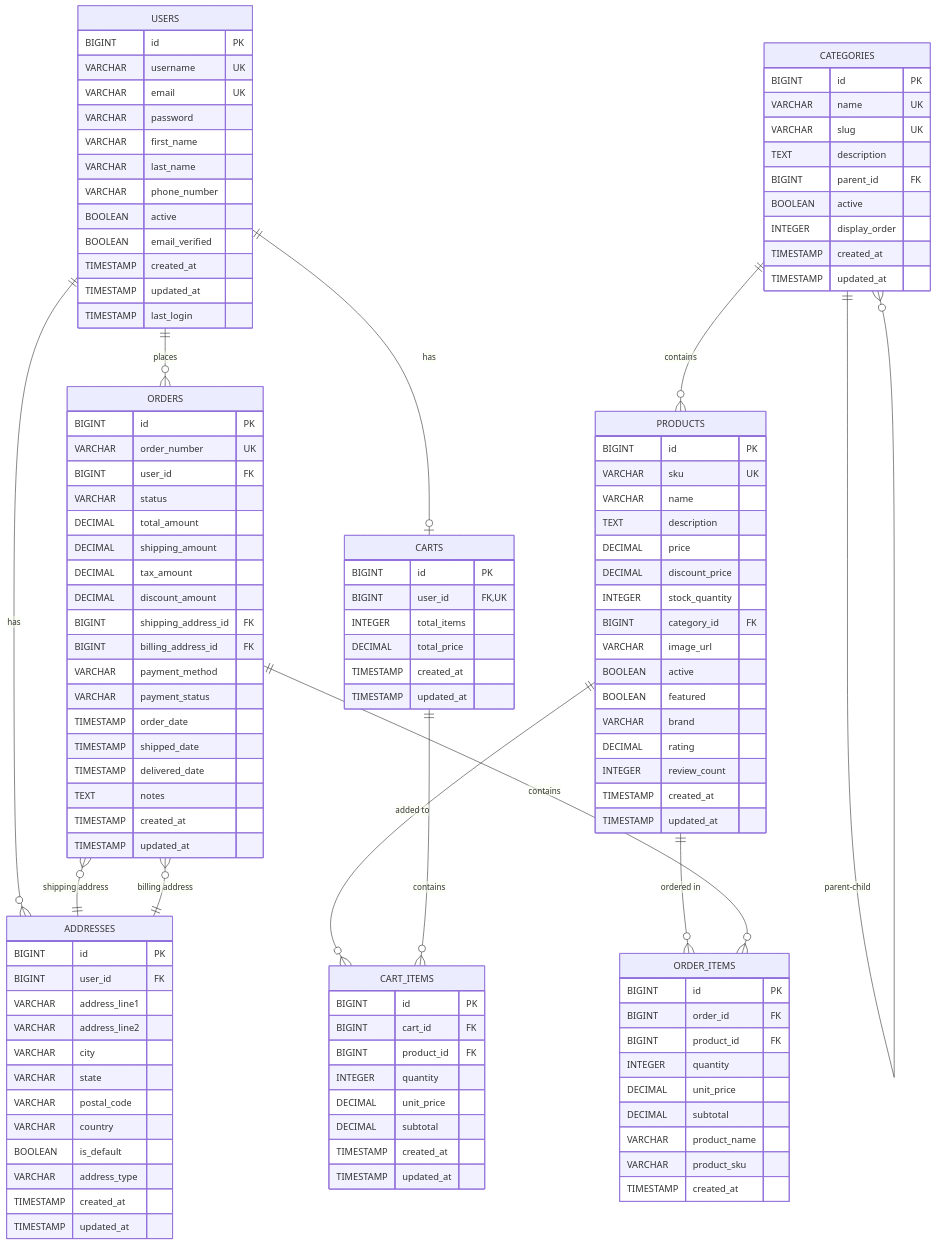
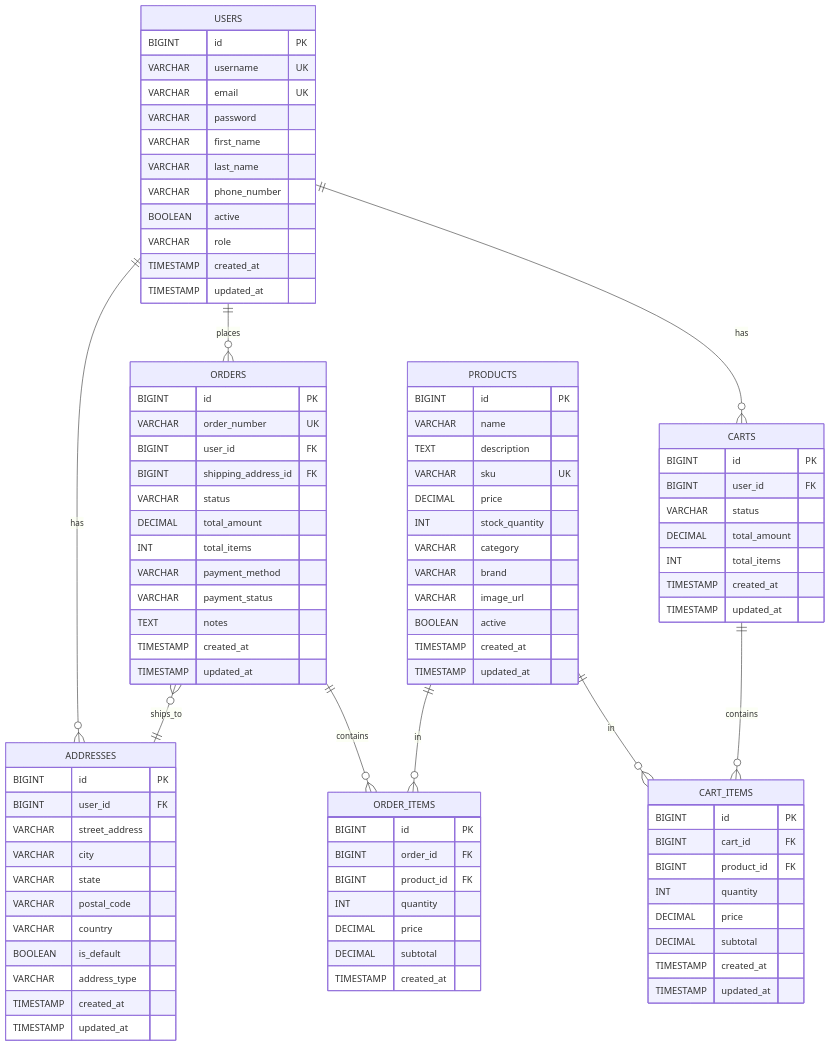
One commit to NavneetBN47/ecommerce changed the diagram in docs/er_diagram.mmd. Above: the diagram before and after it, drawn with Mermaid. The commit also changed 13 other files, not shown here.

```diff
--- a/docs/er_diagram.mmd
+++ b/docs/er_diagram.mmd
@@ -1,130 +1,98 @@
 erDiagram
-    USERS ||--o{ ADDRESSES : has
-    USERS ||--o| CARTS : has
-    USERS ||--o{ ORDERS : places
-    
-    CATEGORIES ||--o{ CATEGORIES : "parent-child"
-    CATEGORIES ||--o{ PRODUCTS : contains
-    
-    PRODUCTS ||--o{ CART_ITEMS : "added to"
-    PRODUCTS ||--o{ ORDER_ITEMS : "ordered in"
-    
-    CARTS ||--o{ CART_ITEMS : contains
-    
-    ORDERS ||--o{ ORDER_ITEMS : contains
-    ORDERS }o--|| ADDRESSES : "shipping address"
-    ORDERS }o--|| ADDRESSES : "billing address"
-    
+    USERS ||--o{ CARTS : "has"
+    USERS ||--o{ ORDERS : "places"
+    USERS ||--o{ ADDRESSES : "has"
+    CARTS ||--o{ CART_ITEMS : "contains"
+    PRODUCTS ||--o{ CART_ITEMS : "in"
+    PRODUCTS ||--o{ ORDER_ITEMS : "in"
+    ORDERS ||--o{ ORDER_ITEMS : "contains"
+    ORDERS }o--|| ADDRESSES : "ships_to"
+
     USERS {
         BIGINT id PK
         VARCHAR username UK
         VARCHAR email UK
         VARCHAR password
         VARCHAR first_name
         VARCHAR last_name
         VARCHAR phone_number
         BOOLEAN active
-        BOOLEAN email_verified
+        VARCHAR role
         TIMESTAMP created_at
         TIMESTAMP updated_at
-        TIMESTAMP last_login
     }
-    
+
+    PRODUCTS {
+        BIGINT id PK
+        VARCHAR name
+        TEXT description
+        VARCHAR sku UK
+        DECIMAL price
+        INT stock_quantity
+        VARCHAR category
+        VARCHAR brand
+        VARCHAR image_url
+        BOOLEAN active
+        TIMESTAMP created_at
+        TIMESTAMP updated_at
+    }
+
+    CARTS {
+        BIGINT id PK
+        BIGINT user_id FK
+        VARCHAR status
+        DECIMAL total_amount
+        INT total_items
+        TIMESTAMP created_at
+        TIMESTAMP updated_at
+    }
+
+    CART_ITEMS {
+        BIGINT id PK
+        BIGINT cart_id FK
+        BIGINT product_id FK
+        INT quantity
+        DECIMAL price
+        DECIMAL subtotal
+        TIMESTAMP created_at
+        TIMESTAMP updated_at
+    }
+
+    ORDERS {
+        BIGINT id PK
+        VARCHAR order_number UK
+        BIGINT user_id FK
+        BIGINT shipping_address_id FK
+        VARCHAR status
+        DECIMAL total_amount
+        INT total_items
+        VARCHAR payment_method
+        VARCHAR payment_status
+        TEXT notes
+        TIMESTAMP created_at
+        TIMESTAMP updated_at
+    }
+
+    ORDER_ITEMS {
+        BIGINT id PK
+        BIGINT order_id FK
+        BIGINT product_id FK
+        INT quantity
+        DECIMAL price
+        DECIMAL subtotal
+        TIMESTAMP created_at
+    }
+
     ADDRESSES {
         BIGINT id PK
         BIGINT user_id FK
-        VARCHAR address_line1
-        VARCHAR address_line2
+        VARCHAR street_address
         VARCHAR city
         VARCHAR state
         VARCHAR postal_code
         VARCHAR country
         BOOLEAN is_default
         VARCHAR address_type
         TIMESTAMP created_at
         TIMESTAMP updated_at
     }
-    
-    CATEGORIES {
-        BIGINT id PK
-        VARCHAR name UK
-        VARCHAR slug UK
-        TEXT description
-        BIGINT parent_id FK
-        BOOLEAN active
-        INTEGER display_order
-        TIMESTAMP created_at
-        TIMESTAMP updated_at
-    }
-    
-    PRODUCTS {
-        BIGINT id PK
-        VARCHAR sku UK
-        VARCHAR name
-        TEXT description
-        DECIMAL price
-        DECIMAL discount_price
-        INTEGER stock_quantity
-        BIGINT category_id FK
-        VARCHAR image_url
-        BOOLEAN active
-        BOOLEAN featured
-        VARCHAR brand
-        DECIMAL rating
-        INTEGER review_count
-        TIMESTAMP created_at
-        TIMESTAMP updated_at
-    }
-    
-    CARTS {
-        BIGINT id PK
-        BIGINT user_id FK,UK
-        INTEGER total_items
-        DECIMAL total_price
-        TIMESTAMP created_at
-        TIMESTAMP updated_at
-    }
-    
-    CART_ITEMS {
-        BIGINT id PK
-        BIGINT cart_id FK
-        BIGINT product_id FK
-        INTEGER quantity
-        DECIMAL unit_price
-        DECIMAL subtotal
-        TIMESTAMP created_at
-        TIMESTAMP updated_at
-    }
-    
-    ORDERS {
-        BIGINT id PK
-        VARCHAR order_number UK
-        BIGINT user_id FK
-        VARCHAR status
-        DECIMAL total_amount
-        DECIMAL shipping_amount
-        DECIMAL tax_amount
-        DECIMAL discount_amount
-        BIGINT shipping_address_id FK
-        BIGINT billing_address_id FK
-        VARCHAR payment_method
-        VARCHAR payment_status
-        TIMESTAMP order_date
-        TIMESTAMP shipped_date
-        TIMESTAMP delivered_date
-        TEXT notes
-        TIMESTAMP created_at
-        TIMESTAMP updated_at
-    }
-    
-    ORDER_ITEMS {
-        BIGINT id PK
-        BIGINT order_id FK
-        BIGINT product_id FK
-        INTEGER quantity
-        DECIMAL unit_price
-        DECIMAL subtotal
-        VARCHAR product_name
-        VARCHAR product_sku
-        TIMESTAMP created_at
-    }
```
